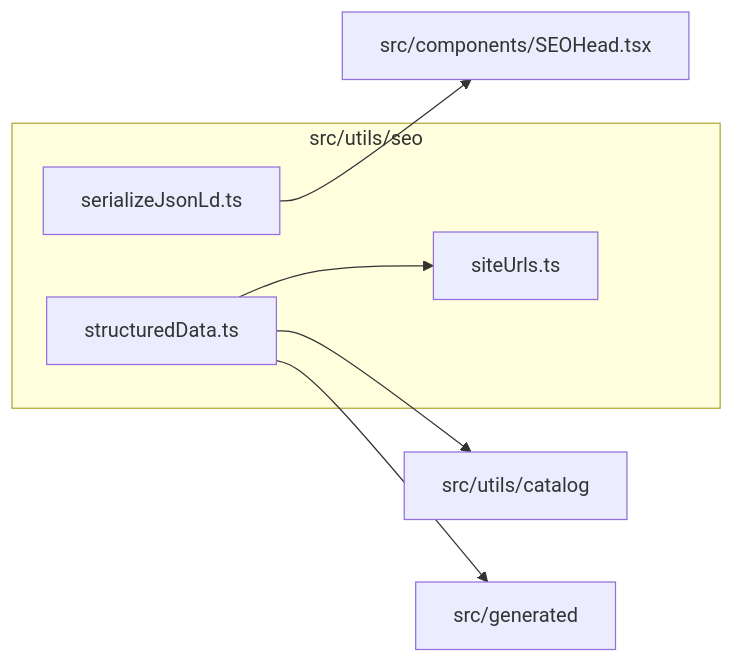
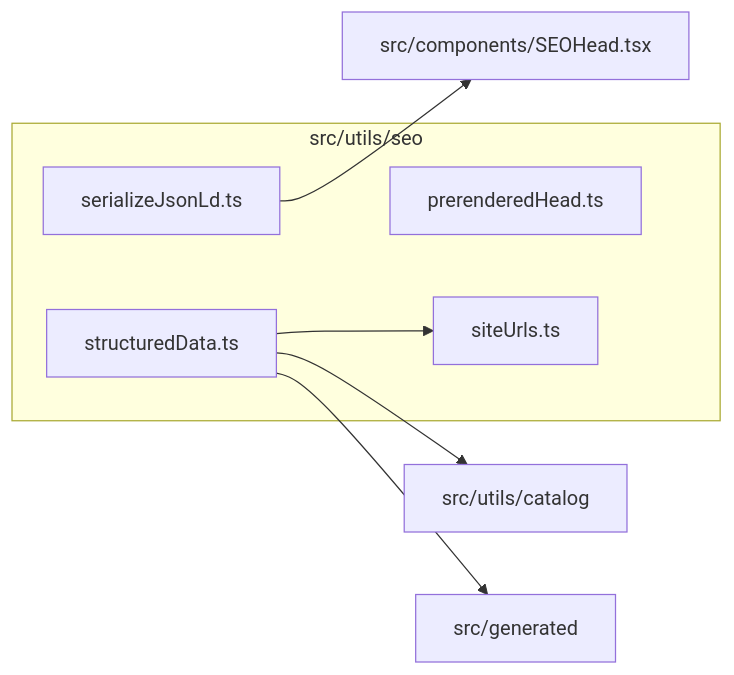
The diagram in src/utils/seo/readme.md (ronbuening/LensVisualizer), drawn with Mermaid before and after one commit. The commit also changed other lines of this file and 10 other files, not shown here.

````diff
--- a/src/utils/seo/readme.md
+++ b/src/utils/seo/readme.md
@@ -9,15 +9,16 @@
 ```mermaid
 flowchart LR
   subgraph n_src_utils_seo["src/utils/seo"]
+    n_src_utils_seo_src_utils_seo_prerenderedHead_ts["prerenderedHead.ts"]
     n_src_utils_seo_src_utils_seo_serializeJsonLd_ts["serializeJsonLd.ts"]
     n_src_utils_seo_src_utils_seo_siteUrls_ts["siteUrls.ts"]
     n_src_utils_seo_src_utils_seo_structuredData_ts["structuredData.ts"]
   end
   n_external_src_components_SEOHead_tsx["src/components/SEOHead.tsx"]
   n_external_src_generated["src/generated"]
   n_external_src_utils_catalog["src/utils/catalog"]
   n_src_utils_seo_src_utils_seo_serializeJsonLd_ts --> n_external_src_components_SEOHead_tsx
   n_src_utils_seo_src_utils_seo_structuredData_ts --> n_external_src_generated
   n_src_utils_seo_src_utils_seo_structuredData_ts --> n_external_src_utils_catalog
   n_src_utils_seo_src_utils_seo_structuredData_ts --> n_src_utils_seo_src_utils_seo_siteUrls_ts
 ```
````
